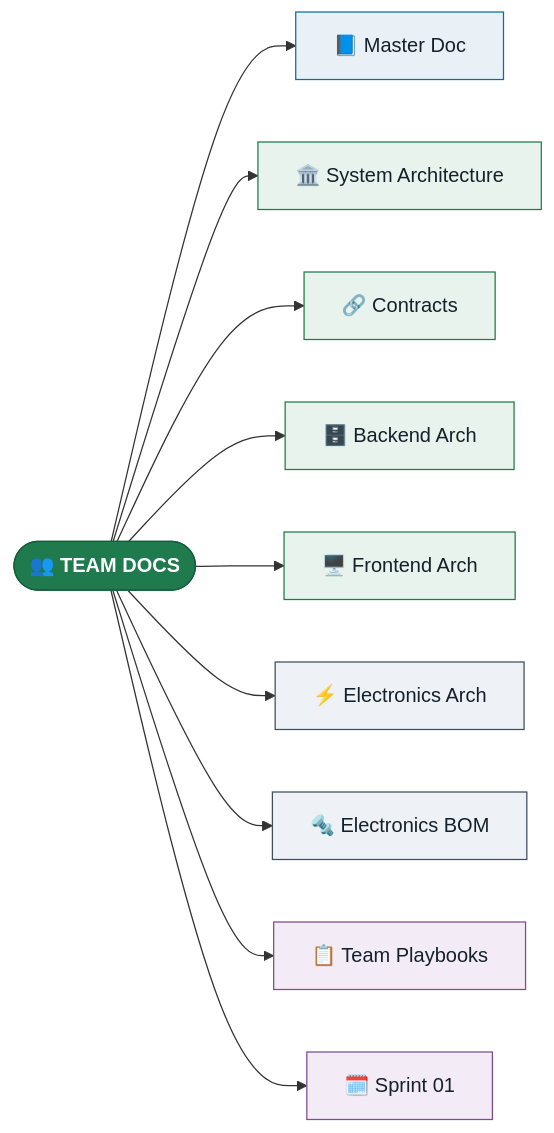
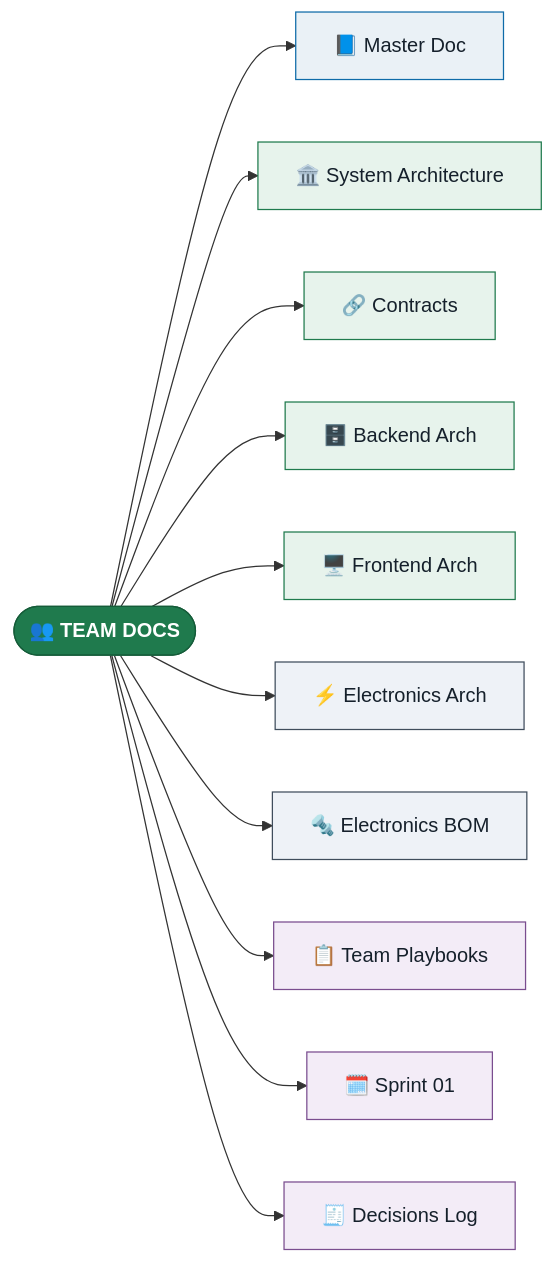
One commit to manavkhadka0/tokinomo changed the diagram in team/TEAM_INDEX.md. Above: the diagram before and after it, drawn with Mermaid. The commit also changed other lines of this file and 2 other files, not shown here.

Commit message:
Add Decisions Log to TEAM_INDEX.md

````diff
--- a/team/TEAM_INDEX.md
+++ b/team/TEAM_INDEX.md
@@ -9,30 +9,32 @@
 ```mermaid
 flowchart LR
     HUB(["👥 TEAM DOCS"]):::hub
 
     HUB --> MASTER["📘 Master Doc"]:::prod
     HUB --> ARCH["🏛️ System Architecture"]:::soft
     HUB --> CON["🔗 Contracts"]:::soft
     HUB --> BE["🗄️ Backend Arch"]:::soft
     HUB --> FE["🖥️ Frontend Arch"]:::soft
     HUB --> ELEC["⚡ Electronics Arch"]:::hard
     HUB --> BOM["🔩 Electronics BOM"]:::hard
     HUB --> TEAM["📋 Team Playbooks"]:::del
     HUB --> SPRINT["🗓️ Sprint 01"]:::del
+    HUB --> DEC["🧾 Decisions Log"]:::del
 
     click MASTER "https://claude.ai/code/artifact/b2723f34-f664-4f63-bac4-1b6c7289fb18" _blank
     click ARCH "https://claude.ai/code/artifact/0e63bf97-b09b-4330-be74-6035baecb407" _blank
     click CON "https://claude.ai/code/artifact/5c4b76c2-d287-4c1b-90b8-770283c28334" _blank
     click BE "https://claude.ai/code/artifact/9875365e-f07d-4d59-aaea-cc11d0d6437b" _blank
     click FE "https://claude.ai/code/artifact/c9329d9a-6e3f-4399-bf08-538c961dbdb0" _blank
     click ELEC "https://claude.ai/code/artifact/2347522f-8376-4245-83c3-019f1d8121de" _blank
     click BOM "https://claude.ai/code/artifact/089a9128-a6f4-400c-b18a-fe5eb09b801e" _blank
     click TEAM "https://claude.ai/code/artifact/faaaada7-1b93-44f3-8dac-4beb21713f88" _blank
     click SPRINT "https://claude.ai/code/artifact/c8a3365d-2e4f-4f41-97e8-e986ac03e76b" _blank
+    click DEC "https://claude.ai/code/artifact/29cba96c-dc57-4a30-84b4-455235dee990" _blank
 
     classDef hub fill:#1f7a4d,stroke:#155c39,color:#ffffff,font-weight:bold;
     classDef prod fill:#eaf1f6,stroke:#0e6ba8,color:#15202b;
     classDef soft fill:#e7f3ec,stroke:#1f7a4d,color:#15202b;
     classDef hard fill:#eef2f7,stroke:#3f4d5c,color:#15202b;
     classDef del fill:#f3ecf7,stroke:#7a4d8f,color:#15202b;
 ```
````
